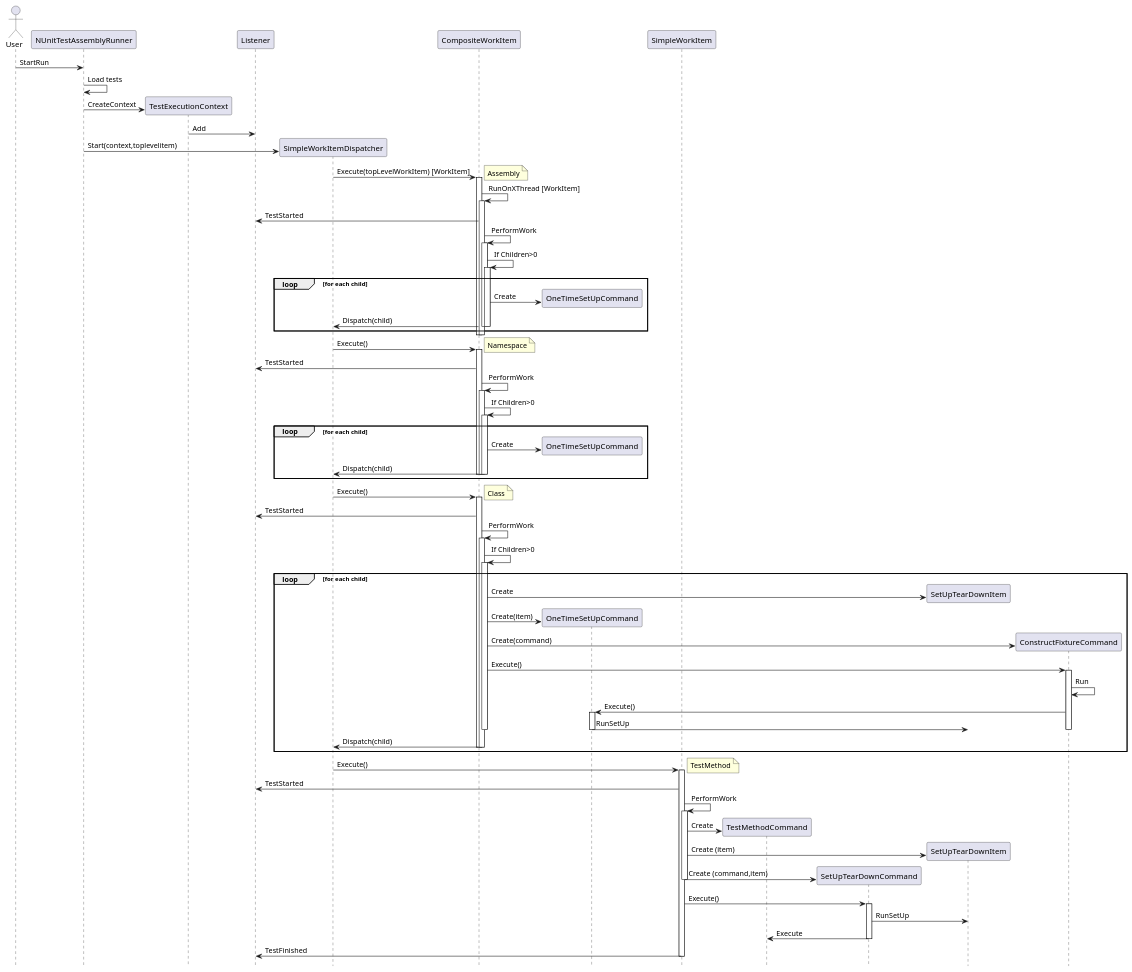
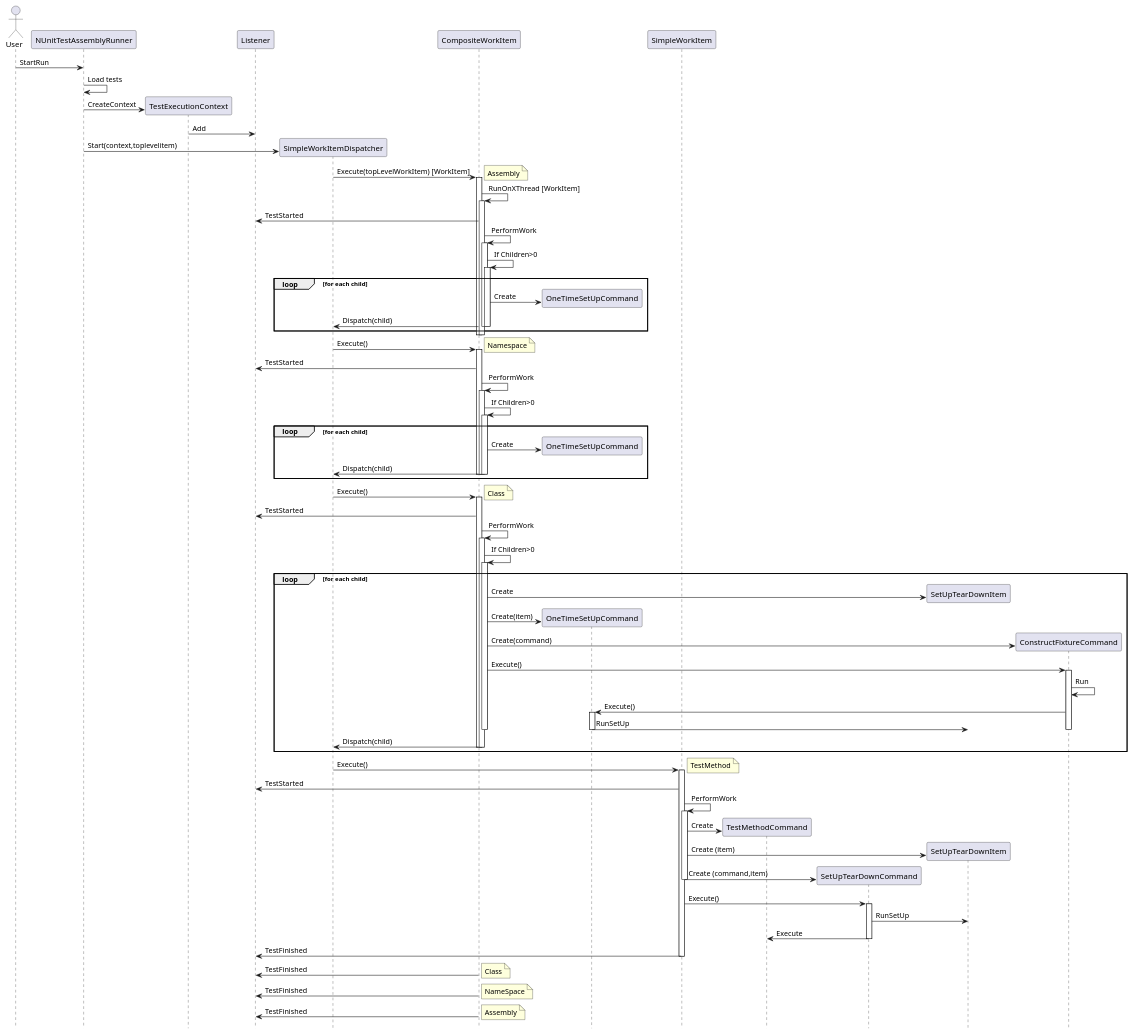
The diagram in events.puml (nunit/AnalysisAndDesign), drawn with PlantUML before and after one commit. The commit also changed 1 other file, not shown here.

Commit message:
update with finished events

```diff
--- a/events.puml
+++ b/events.puml
@@ -1,108 +1,114 @@
 @startuml
 hide footbox
 actor User
 
 participant NUnitTestAssemblyRunner
 participant TestExecutionContext
 participant Listener
 participant SimpleWorkItemDispatcher
 participant CompositeWorkItem
 participant OneTimeSetUpCommand
 participant SimpleWorkItem 
 participant TestMethodCommand
 participant SetUpTearDownCommand
 participant SetUpTearDownItem
 participant ConstructFixtureCommand
 
 User -> NUnitTestAssemblyRunner: StartRun
 NUnitTestAssemblyRunner -> NUnitTestAssemblyRunner: Load tests
 NUnitTestAssemblyRunner -> TestExecutionContext ** : CreateContext
 TestExecutionContext -> Listener : Add
 
 NUnitTestAssemblyRunner -> SimpleWorkItemDispatcher **: Start(context,toplevelitem)
 SimpleWorkItemDispatcher -> CompositeWorkItem: Execute(topLevelWorkItem) [WorkItem]
 note right: Assembly
 activate CompositeWorkItem
 CompositeWorkItem -> CompositeWorkItem: RunOnXThread [WorkItem]
 activate CompositeWorkItem
 CompositeWorkItem -> Listener: TestStarted
 CompositeWorkItem -> CompositeWorkItem: PerformWork
 activate CompositeWorkItem
 CompositeWorkItem -> CompositeWorkItem: If Children>0
 loop for each child
 activate CompositeWorkItem
 CompositeWorkItem -> OneTimeSetUpCommand **: Create
     CompositeWorkItem -> SimpleWorkItemDispatcher: Dispatch(child)
     deactivate CompositeWorkItem
     deactivate CompositeWorkItem
 end 
 deactivate CompositeWorkItem
 deactivate CompositeWorkItem
 
 
 SimpleWorkItemDispatcher -> CompositeWorkItem: Execute()
 note right: Namespace
 activate CompositeWorkItem
 CompositeWorkItem -> Listener: TestStarted
 CompositeWorkItem -> CompositeWorkItem: PerformWork
 activate CompositeWorkItem
 CompositeWorkItem -> CompositeWorkItem: If Children>0
 loop for each child
 activate CompositeWorkItem
 CompositeWorkItem -> OneTimeSetUpCommand **: Create
 CompositeWorkItem -> SimpleWorkItemDispatcher: Dispatch(child)
 deactivate CompositeWorkItem
 deactivate CompositeWorkItem
 deactivate CompositeWorkItem
 end
 
 
 SimpleWorkItemDispatcher -> CompositeWorkItem: Execute()
 note right: Class
 activate CompositeWorkItem
 CompositeWorkItem -> Listener: TestStarted
 CompositeWorkItem -> CompositeWorkItem: PerformWork
 activate CompositeWorkItem
 CompositeWorkItem -> CompositeWorkItem: If Children>0
 loop for each child
 activate CompositeWorkItem
 CompositeWorkItem -> SetUpTearDownItem**: Create
 CompositeWorkItem -> OneTimeSetUpCommand **: Create(item)
 CompositeWorkItem -> ConstructFixtureCommand **: Create(command)
 CompositeWorkItem -> ConstructFixtureCommand : Execute()
 activate ConstructFixtureCommand
 ConstructFixtureCommand -> ConstructFixtureCommand: Run 
 ConstructFixtureCommand -> OneTimeSetUpCommand: Execute()
 activate OneTimeSetUpCommand
 OneTimeSetUpCommand -> SetUpTearDownItem : RunSetUp
 deactivate OneTimeSetUpCommand
 deactivate ConstructFixtureCommand
 deactivate CompositeWorkItem
 CompositeWorkItem -> SimpleWorkItemDispatcher: Dispatch(child)
 deactivate CompositeWorkItem
 deactivate CompositeWorkItem
 end
 
 
 SimpleWorkItemDispatcher -> SimpleWorkItem : Execute()
 note right: TestMethod
 activate SimpleWorkItem
 SimpleWorkItem -> Listener: TestStarted
 SimpleWorkItem -> SimpleWorkItem: PerformWork
 activate SimpleWorkItem
 SimpleWorkItem -> TestMethodCommand **: Create
 SimpleWorkItem -> SetUpTearDownItem **: Create (item)
 SimpleWorkItem -> SetUpTearDownCommand **: Create (command,item)
 deactivate SimpleWorkItem
 
 SimpleWorkItem -> SetUpTearDownCommand : Execute()
 activate SetUpTearDownCommand
 SetUpTearDownCommand -> SetUpTearDownItem : RunSetUp
 SetUpTearDownCommand -> TestMethodCommand : Execute
 deactivate SetUpTearDownCommand
 
 SimpleWorkItem -> Listener: TestFinished
 deactivate SimpleWorkItem
 
+CompositeWorkItem -> Listener: TestFinished
+note right: Class
+CompositeWorkItem -> Listener: TestFinished
+note right: NameSpace
+CompositeWorkItem -> Listener: TestFinished
+note right: Assembly
 
 @enduml
```
